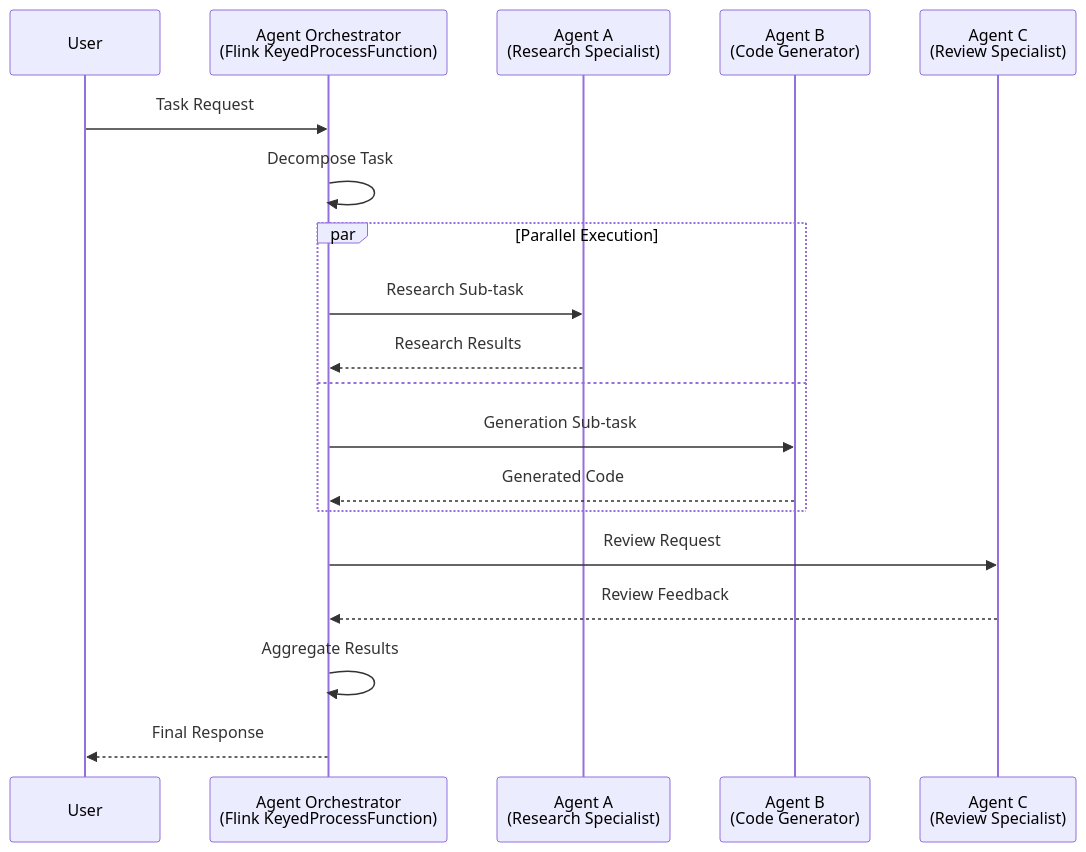
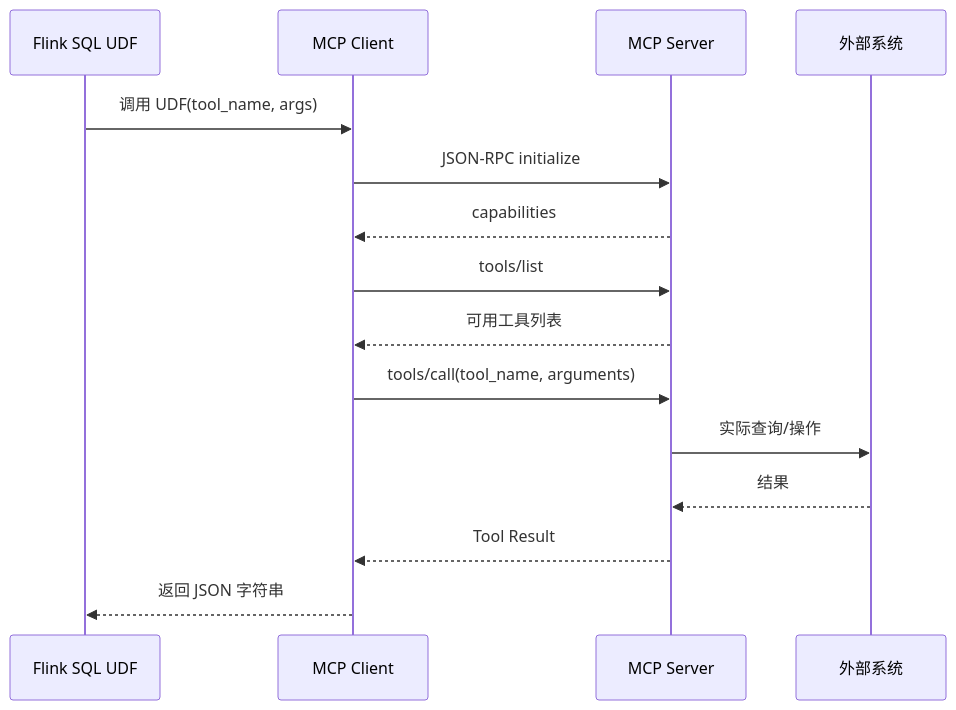
The sixth of 7 diagrams in Knowledge/06-frontier/ai-agent-flink-end-to-end-architecture.md (AdaMartin18010/AnalysisDataFlow), drawn with Mermaid before and after one commit. The commit also changed other lines of this file and 18 other files, not shown here.

````diff
--- a/Knowledge/06-frontier/ai-agent-flink-end-to-end-architecture.md
+++ b/Knowledge/06-frontier/ai-agent-flink-end-to-end-architecture.md
@@ -318,25 +2202,18 @@
 ```mermaid
 sequenceDiagram
-    participant User
-    participant Orchestrator as Agent Orchestrator<br/>(Flink KeyedProcessFunction)
-    participant AgentA as Agent A<br/>(Research Specialist)
-    participant AgentB as Agent B<br/>(Code Generator)
-    participant AgentC as Agent C<br/>(Review Specialist)
+    participant Flink as Flink SQL UDF
+    participant MCP_C as MCP Client
+    participant MCP_S as MCP Server
+    participant DB as 外部系统
 
-    User->>Orchestrator: Task Request
-    Orchestrator->>Orchestrator: Decompose Task
-
-    par Parallel Execution
-        Orchestrator->>AgentA: Research Sub-task
-        AgentA-->>Orchestrator: Research Results
-    and
-        Orchestrator->>AgentB: Generation Sub-task
-        AgentB-->>Orchestrator: Generated Code
-    end
-
-    Orchestrator->>AgentC: Review Request
-    AgentC-->>Orchestrator: Review Feedback
-
-    Orchestrator->>Orchestrator: Aggregate Results
-    Orchestrator-->>User: Final Response
+    Flink->>MCP_C: 调用 UDF(tool_name, args)
+    MCP_C->>MCP_S: JSON-RPC initialize
+    MCP_S-->>MCP_C: capabilities
+    MCP_C->>MCP_S: tools/list
+    MCP_S-->>MCP_C: 可用工具列表
+    MCP_C->>MCP_S: tools/call(tool_name, arguments)
+    MCP_S->>DB: 实际查询/操作
+    DB-->>MCP_S: 结果
+    MCP_S-->>MCP_C: Tool Result
+    MCP_C-->>Flink: 返回 JSON 字符串
 ```
````
